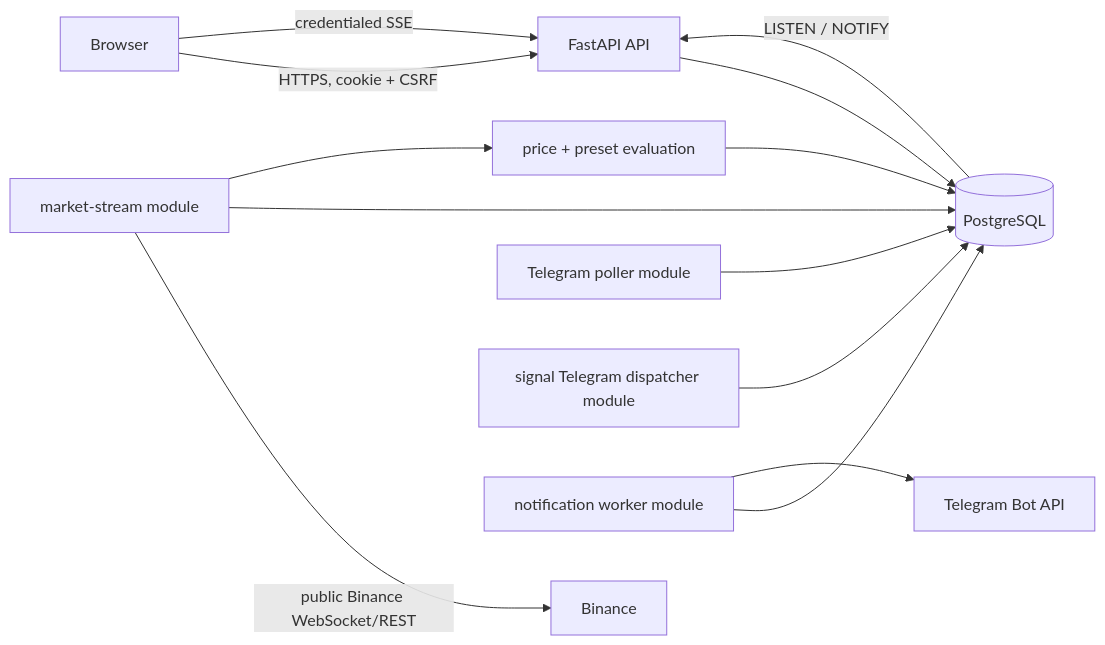
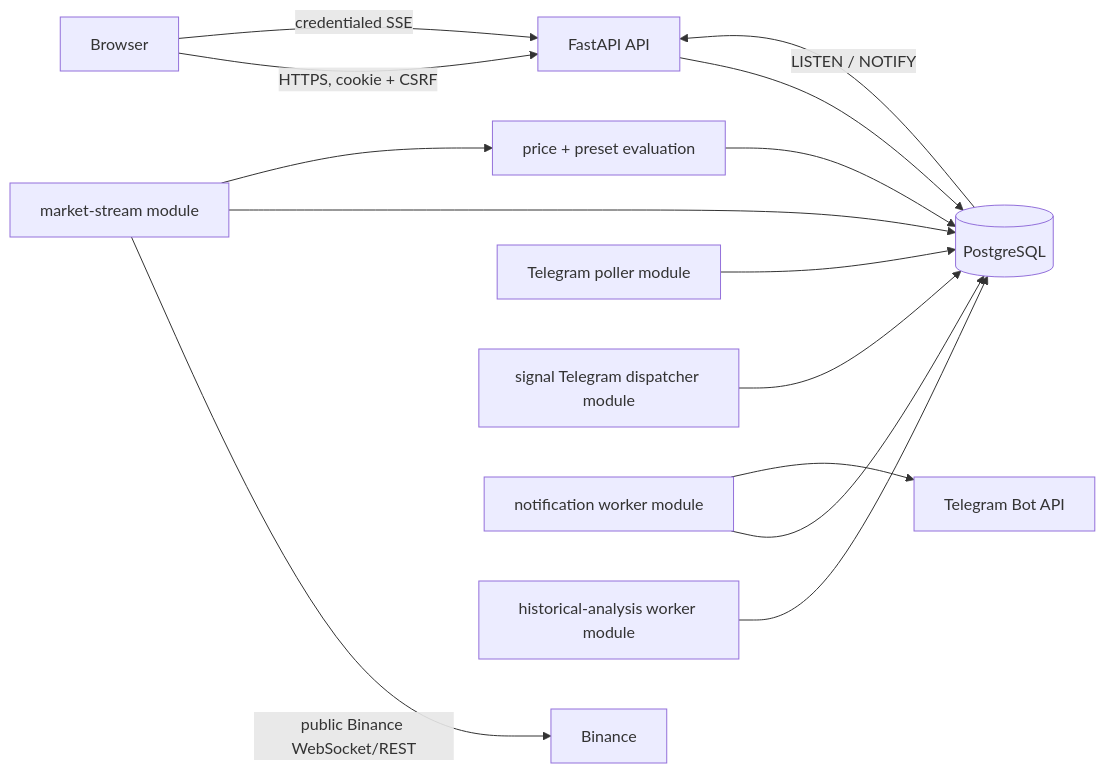
Before and after one commit to VietCT04/FreeCoinAlert: the first of 2 diagrams in docs/ARCHITECTURE.md, drawn with Mermaid. The commit also changed other lines of this file and 10 other files, not shown here.

````diff
--- a/docs/ARCHITECTURE.md
+++ b/docs/ARCHITECTURE.md
@@ -13,15 +13,16 @@
 ```mermaid
 flowchart LR
   Browser -->|HTTPS, cookie + CSRF| API[FastAPI API]
   Browser -->|credentialed SSE| API
   API --> DB[(PostgreSQL)]
   DB -->|LISTEN / NOTIFY| API
   Market[market-stream module] -->|public Binance WebSocket/REST| Binance
   Market --> DB
   Market --> Alerts[price + preset evaluation]
   Alerts --> DB
   Poller[Telegram poller module] --> DB
   Dispatcher[signal Telegram dispatcher module] --> DB
   Worker[notification worker module] --> DB
   Worker --> Telegram[Telegram Bot API]
+  Analysis[historical-analysis worker module] --> DB
 ```
````
